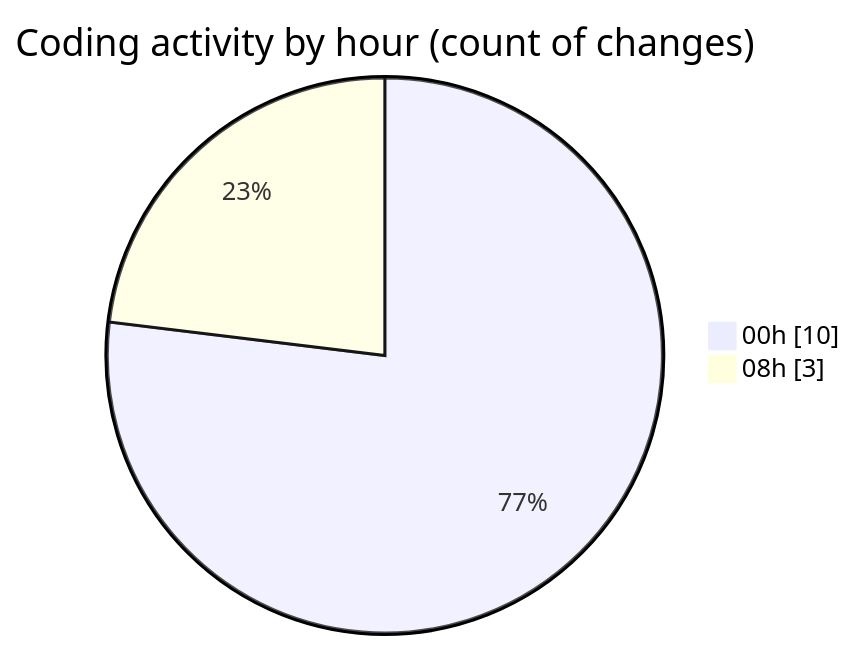
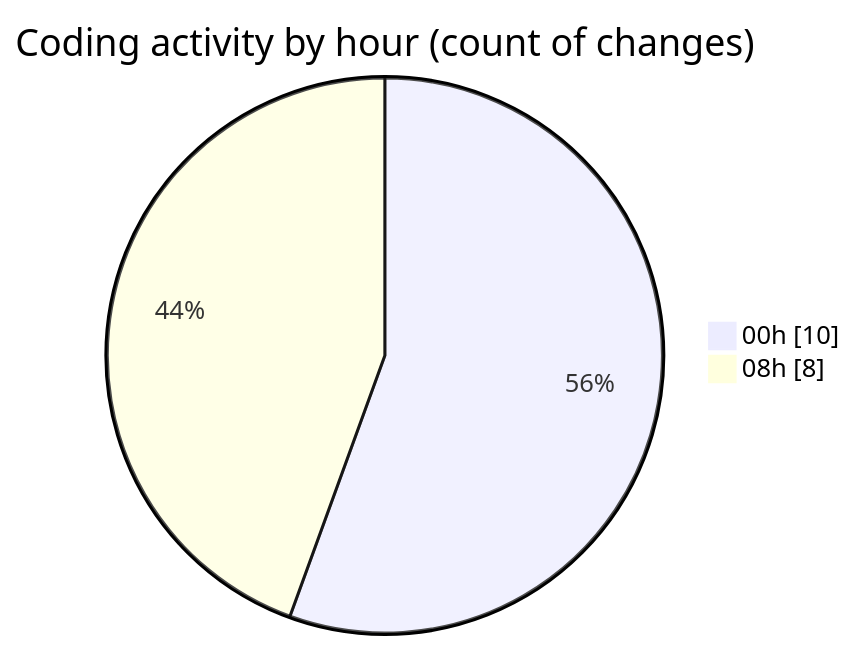
Before and after one commit to nxtqubesakshisongat/code-tracking: the second of 2 diagrams in 2026-01-20/nxtqube_webapp/README.md, drawn with Mermaid. The commit also changed other lines of this file and 1 other file, not shown here.

````diff
--- a/2026-01-20/nxtqube_webapp/README.md
+++ b/2026-01-20/nxtqube_webapp/README.md
@@ -33,6 +33,6 @@
 ```mermaid
 pie showData
 title Coding activity by hour (count of changes)
 "00h" : 10
-"08h" : 3
+"08h" : 8
 ```
````
